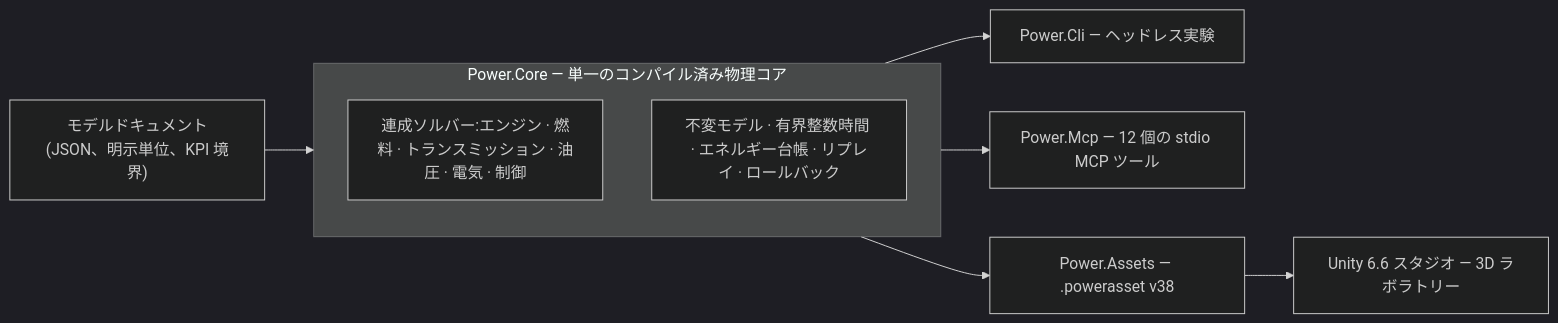
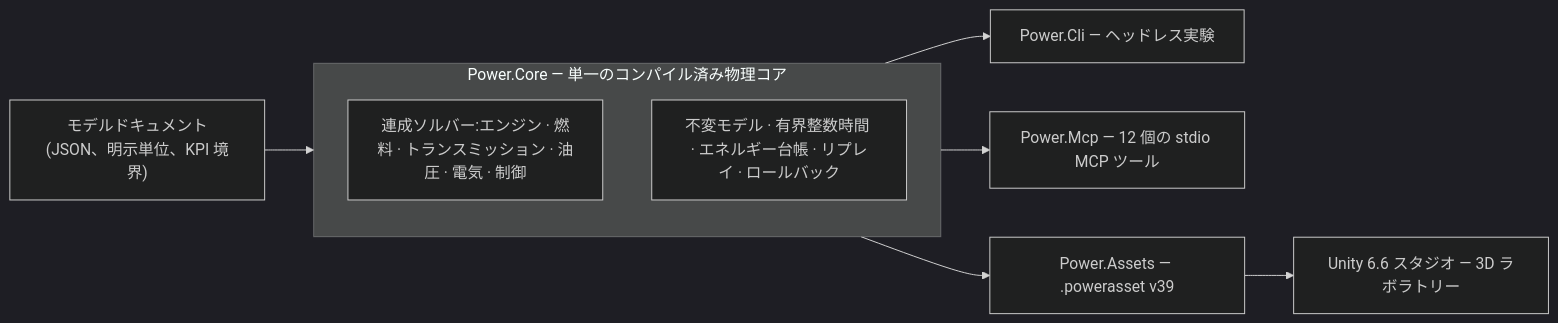
Before and after one commit to Water-Run/Power: the diagram in README.ja.md, drawn with Mermaid (dark theme). The commit also changed other lines of this file and 264 other files, not shown here.

````diff
--- a/README.ja.md
+++ b/README.ja.md
@@ -13,18 +13,18 @@
 ```mermaid
 flowchart LR
     model["モデルドキュメント(JSON、明示単位、KPI 境界)"]
     subgraph core["Power.Core — 単一のコンパイル済み物理コア"]
         solvers["連成ソルバー:エンジン · 燃料 · トランスミッション · 油圧 · 電気 · 制御"]
         invariants["不変モデル · 有界整数時間 · エネルギー台帳 · リプレイ · ロールバック"]
     end
     cli["Power.Cli — ヘッドレス実験"]
     mcp["Power.Mcp — 12 個の stdio MCP ツール"]
-    assets["Power.Assets — .powerasset v38"]
+    assets["Power.Assets — .powerasset v39"]
     unity["Unity 6.6 スタジオ — 3D ラボラトリー"]
 
     model --> core
     core --> cli
     core --> mcp
     core --> assets
     assets --> unity
 ```
````
